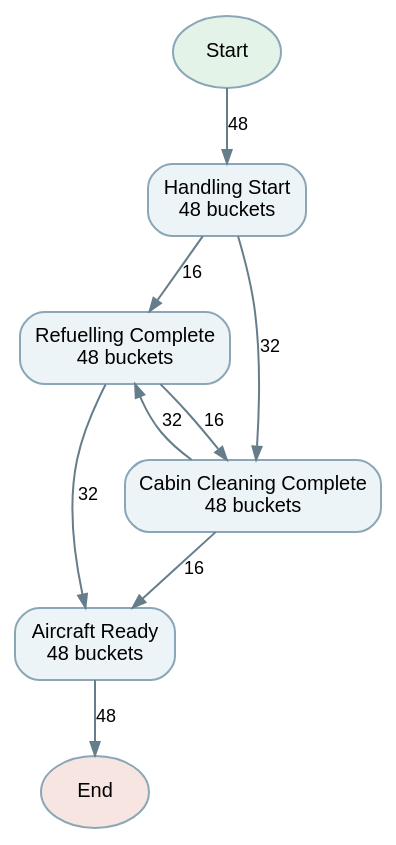
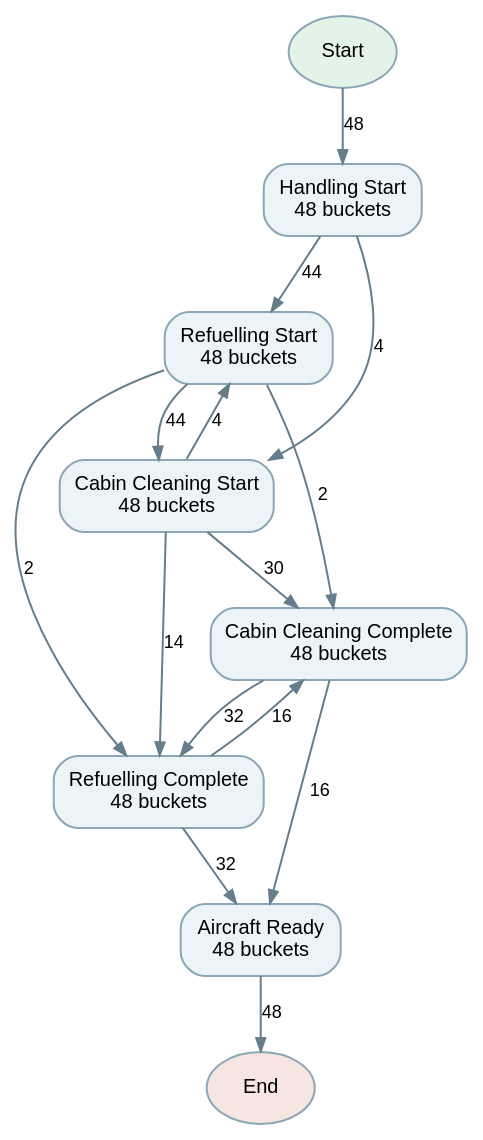
One commit to jiwonpark7913/NL2EVENTLOG changed the diagram in datasets/synthetic/airlineflow/gold/Q05/dfg.dot. Above: the diagram before and after it, drawn with Graphviz. The commit also changed 36 other files, not shown here.

```diff
--- a/datasets/synthetic/airlineflow/gold/Q05/dfg.dot
+++ b/datasets/synthetic/airlineflow/gold/Q05/dfg.dot
@@ -1,19 +1,27 @@
 digraph D {
 graph [rankdir=TB, bgcolor="transparent", pad=0.25, nodesep=0.35, ranksep=0.38];
 node [shape=box,style="rounded,filled",color="#8ba6b6",fillcolor="#edf4f7",fontname="Arial",fontsize=10];
 edge [color="#667d8b",fontname="Arial",fontsize=9,arrowsize=.65];
 start [shape=ellipse,label="Start",fillcolor="#e3f3e8"];
 end [shape=ellipse,label="End",fillcolor="#f7e5e1"];
 n0 [label="Handling Start\n48 buckets"];
-n1 [label="Refuelling Complete\n48 buckets"];
-n2 [label="Cabin Cleaning Complete\n48 buckets"];
-n3 [label="Aircraft Ready\n48 buckets"];
+n1 [label="Refuelling Start\n48 buckets"];
+n2 [label="Cabin Cleaning Start\n48 buckets"];
+n3 [label="Refuelling Complete\n48 buckets"];
+n4 [label="Cabin Cleaning Complete\n48 buckets"];
+n5 [label="Aircraft Ready\n48 buckets"];
 start -> n0 [label="48"];
-n2 -> n3 [label="16"];
-n2 -> n1 [label="32"];
-n0 -> n2 [label="32"];
-n0 -> n1 [label="16"];
-n1 -> n3 [label="32"];
-n1 -> n2 [label="16"];
-n3 -> end [label="48"];
+n0 -> n1 [label="44"];
+n1 -> n2 [label="44"];
+n2 -> n3 [label="14"];
+n3 -> n4 [label="16"];
+n4 -> n5 [label="16"];
+n2 -> n4 [label="30"];
+n4 -> n3 [label="32"];
+n3 -> n5 [label="32"];
+n0 -> n2 [label="4"];
+n2 -> n1 [label="4"];
+n1 -> n3 [label="2"];
+n1 -> n4 [label="2"];
+n5 -> end [label="48"];
 }
```
